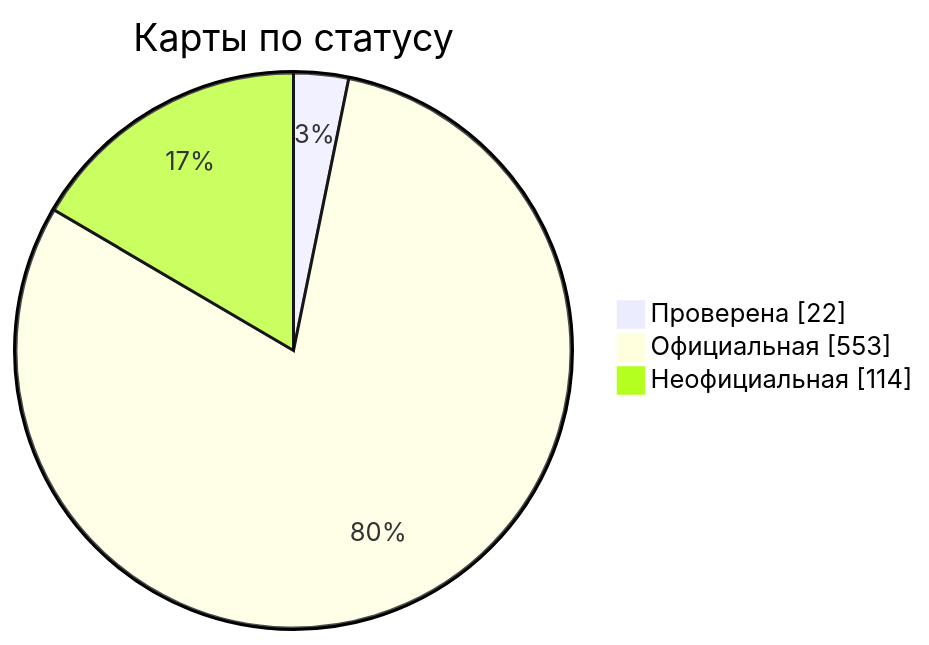
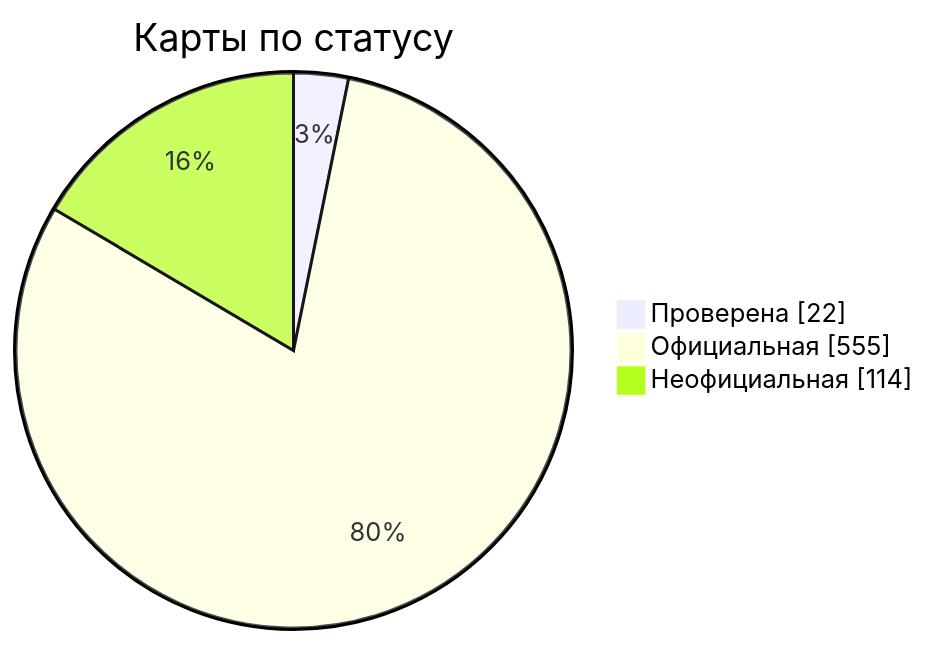
Before and after one commit to nobrega8/mbmap-library: the diagram in docs/readme/README_RU.md, drawn with Mermaid. The commit also changed 7 other files, not shown here.

````diff
--- a/docs/readme/README_RU.md
+++ b/docs/readme/README_RU.md
@@ -54,7 +54,7 @@
 ```mermaid
 pie showData
     title Карты по статусу
     "Проверена" : 22
-    "Официальная" : 553
+    "Официальная" : 555
     "Неофициальная" : 114
 ```
````
